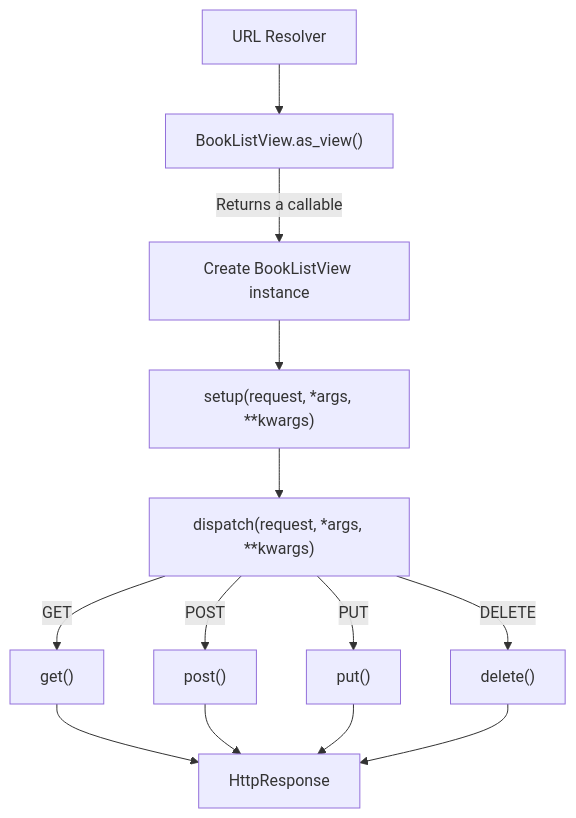
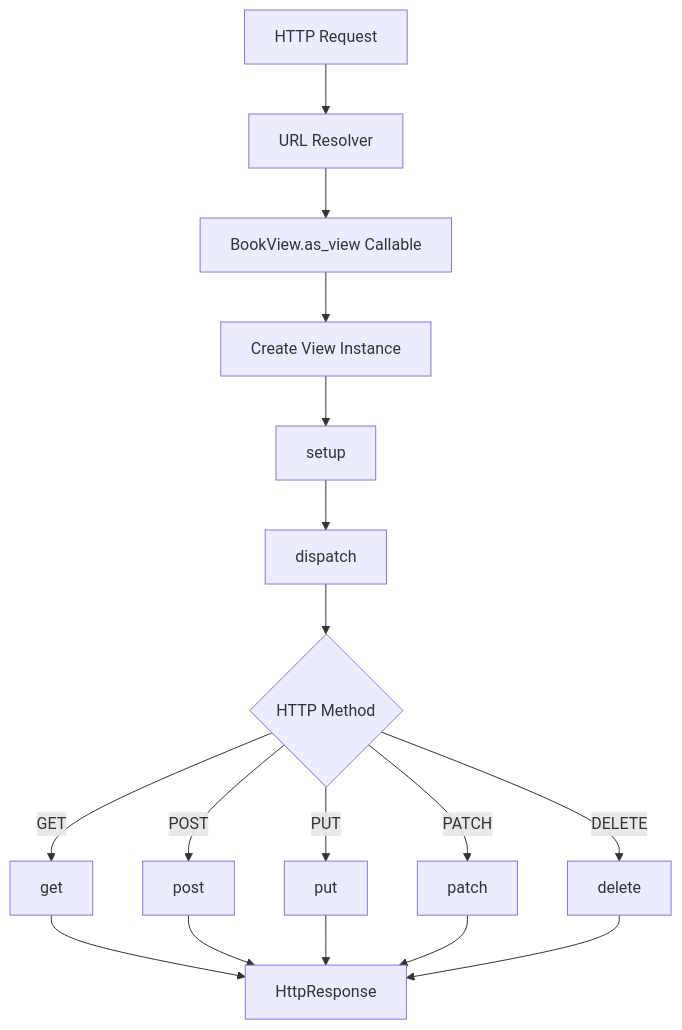
One commit to AvadhBhalodiya/Interview-Preparation changed the second of 2 diagrams in src/content/django/class-based-vs-function-based-views.md. Above: the diagram before and after it, drawn with Mermaid. The commit also changed other lines of this file and 80 other files, not shown here.

````diff
--- a/src/content/django/class-based-vs-function-based-views.md
+++ b/src/content/django/class-based-vs-function-based-views.md
@@ -235,15 +183,19 @@
 ```mermaid
 flowchart TD
-    A[URL Resolver] --> B["BookListView.as_view()"]
-    B -->|Returns a callable| C[Create BookListView instance]
-    C --> D["setup(request, *args, **kwargs)"]
-    D --> E["dispatch(request, *args, **kwargs)"]
-    E -->|GET| F["get()"]
-    E -->|POST| G["post()"]
-    E -->|PUT| H["put()"]
-    E -->|DELETE| I["delete()"]
-    F --> J[HttpResponse]
-    G --> J
-    H --> J
-    I --> J
+    A[HTTP Request] --> B[URL Resolver]
+    B --> C[BookView.as_view Callable]
+    C --> D[Create View Instance]
+    D --> E[setup]
+    E --> F[dispatch]
+    F --> G{HTTP Method}
+    G -->|GET| H[get]
+    G -->|POST| I[post]
+    G -->|PUT| J[put]
+    G -->|PATCH| K[patch]
+    G -->|DELETE| L[delete]
+    H --> M[HttpResponse]
+    I --> M
+    J --> M
+    K --> M
+    L --> M
 ```
````
